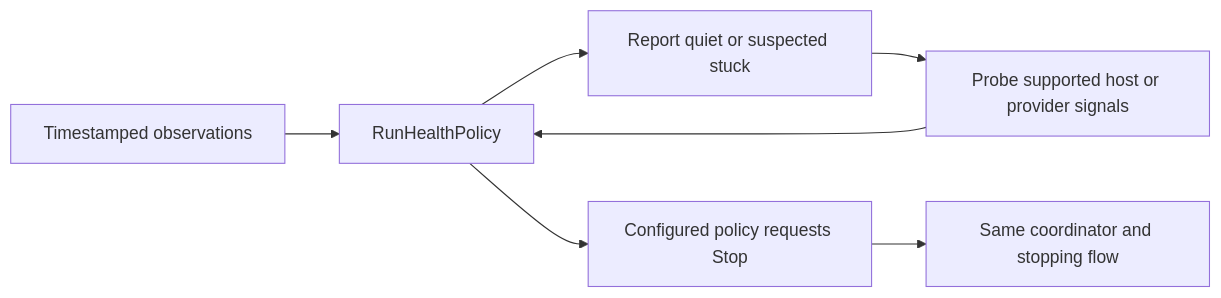
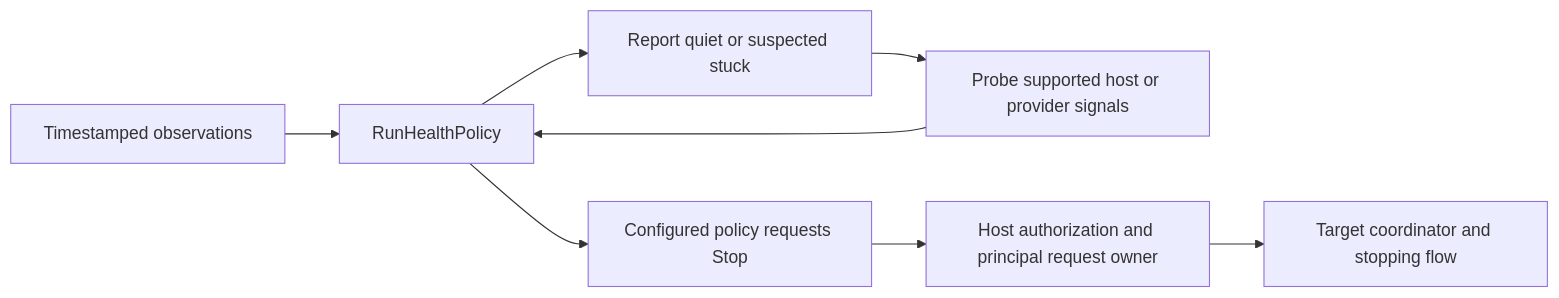
One commit to nessalabs/nessa-agent changed the eighth of 10 diagrams in docs/adr/todo/0008-agent-client-api.md. Above: the diagram before and after it, drawn with Mermaid. The commit also changed other lines of this file and 7 other files, not shown here.

````diff
--- a/docs/adr/todo/0008-agent-client-api.md
+++ b/docs/adr/todo/0008-agent-client-api.md
@@ -550,9 +566,10 @@
 ```mermaid
 flowchart LR
     O["Timestamped observations"] --> H["RunHealthPolicy"]
     H --> V["Report quiet or suspected stuck"]
     V --> P["Probe supported host or provider signals"]
     P --> H
     H --> D["Configured policy requests Stop"]
-    D --> C["Same coordinator and stopping flow"]
+    D --> I["Host authorization and principal request owner"]
+    I --> C["Target coordinator and stopping flow"]
 ```
````
